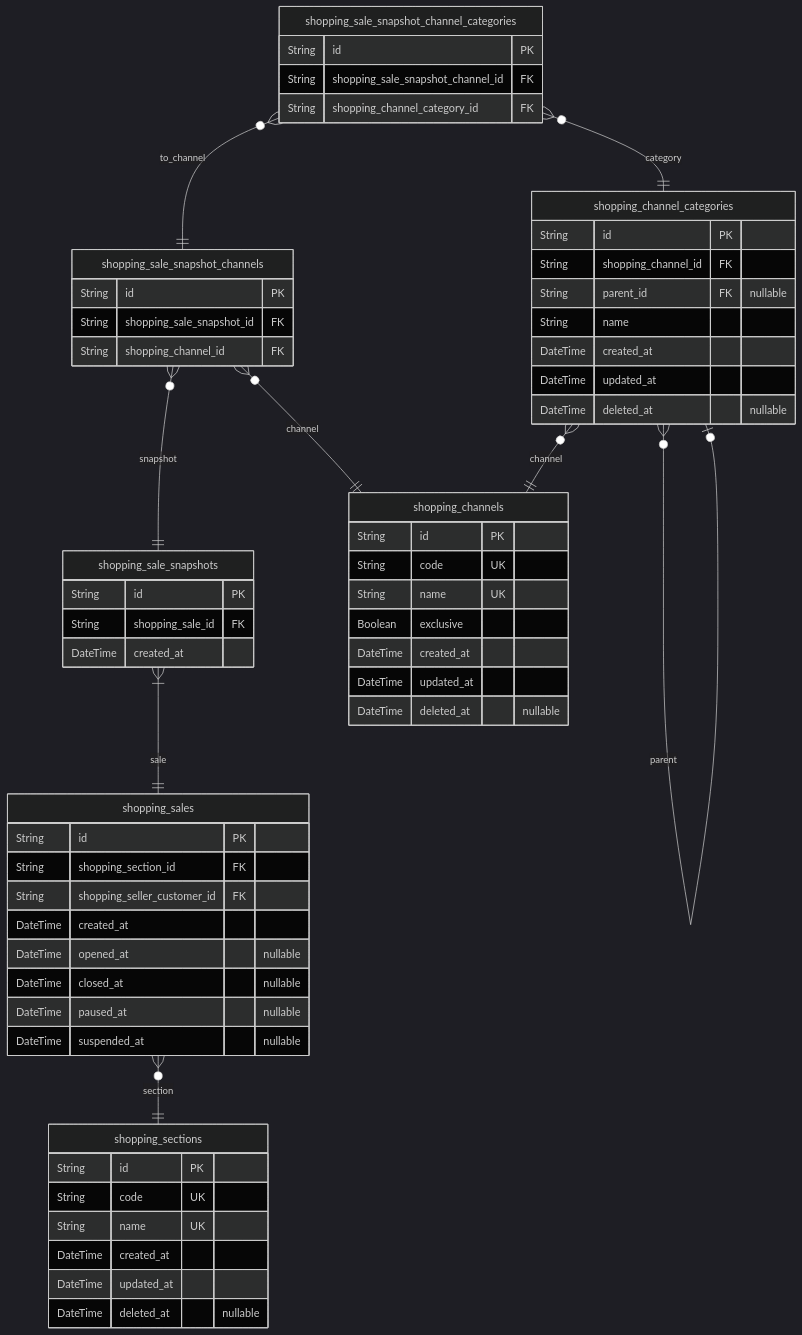
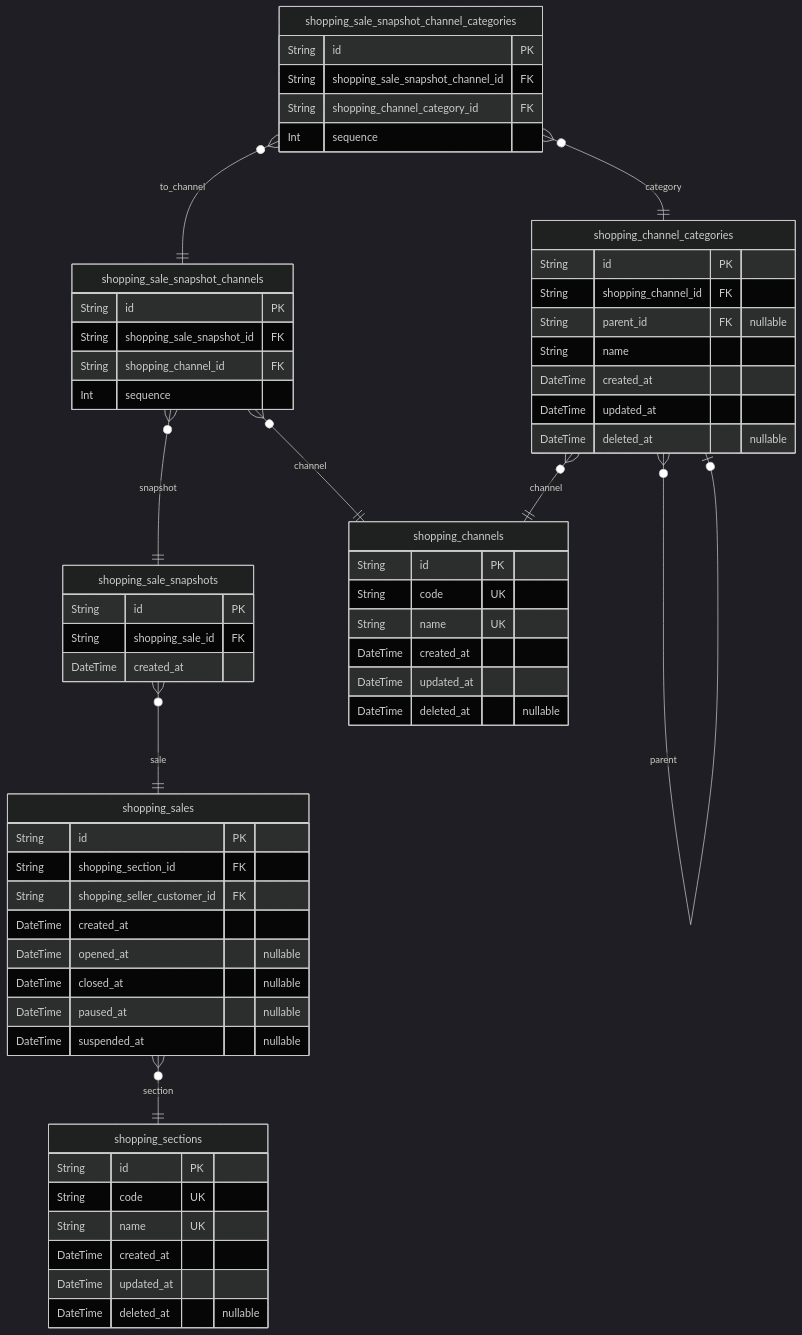
Before and after one commit to samchon/prisma-markdown: the second of 10 diagrams in ERD.md, drawn with Mermaid (dark theme). The commit also changed other lines of this file and 13 other files, not shown here.

````diff
--- a/ERD.md
+++ b/ERD.md
@@ -234,62 +235,63 @@
 ```mermaid
 erDiagram
 "shopping_channels" {
-    String id PK
-    String code UK
-    String name UK
-    Boolean exclusive
-    DateTime created_at
-    DateTime updated_at
-    DateTime deleted_at "nullable"
+  String id PK
+  String code UK
+  String name UK
+  DateTime created_at
+  DateTime updated_at
+  DateTime deleted_at "nullable"
 }
 "shopping_channel_categories" {
-    String id PK
-    String shopping_channel_id FK
-    String parent_id FK "nullable"
-    String name
-    DateTime created_at
-    DateTime updated_at
-    DateTime deleted_at "nullable"
+  String id PK
+  String shopping_channel_id FK
+  String parent_id FK "nullable"
+  String name
+  DateTime created_at
+  DateTime updated_at
+  DateTime deleted_at "nullable"
 }
 "shopping_sections" {
-    String id PK
-    String code UK
-    String name UK
-    DateTime created_at
-    DateTime updated_at
-    DateTime deleted_at "nullable"
+  String id PK
+  String code UK
+  String name UK
+  DateTime created_at
+  DateTime updated_at
+  DateTime deleted_at "nullable"
 }
 "shopping_sales" {
-    String id PK
-    String shopping_section_id FK
-    String shopping_seller_customer_id FK
-    DateTime created_at
-    DateTime opened_at "nullable"
-    DateTime closed_at "nullable"
-    DateTime paused_at "nullable"
-    DateTime suspended_at "nullable"
+  String id PK
+  String shopping_section_id FK
+  String shopping_seller_customer_id FK
+  DateTime created_at
+  DateTime opened_at "nullable"
+  DateTime closed_at "nullable"
+  DateTime paused_at "nullable"
+  DateTime suspended_at "nullable"
 }
 "shopping_sale_snapshots" {
-    String id PK
-    String shopping_sale_id FK
-    DateTime created_at
+  String id PK
+  String shopping_sale_id FK
+  DateTime created_at
 }
 "shopping_sale_snapshot_channels" {
-    String id PK
-    String shopping_sale_snapshot_id FK
-    String shopping_channel_id FK
+  String id PK
+  String shopping_sale_snapshot_id FK
+  String shopping_channel_id FK
+  Int sequence
 }
 "shopping_sale_snapshot_channel_categories" {
-    String id PK
-    String shopping_sale_snapshot_channel_id FK
-    String shopping_channel_category_id FK
+  String id PK
+  String shopping_sale_snapshot_channel_id FK
+  String shopping_channel_category_id FK
+  Int sequence
 }
 "shopping_channel_categories" }o--|| "shopping_channels" : channel
 "shopping_channel_categories" }o--o| "shopping_channel_categories" : parent
 "shopping_sales" }o--|| "shopping_sections" : section
-"shopping_sale_snapshots" }|--|| "shopping_sales" : sale
+"shopping_sale_snapshots" }o--|| "shopping_sales" : sale
 "shopping_sale_snapshot_channels" }o--|| "shopping_sale_snapshots" : snapshot
 "shopping_sale_snapshot_channels" }o--|| "shopping_channels" : channel
 "shopping_sale_snapshot_channel_categories" }o--|| "shopping_sale_snapshot_channels" : to_channel
 "shopping_sale_snapshot_channel_categories" }o--|| "shopping_channel_categories" : category
 ```
````
